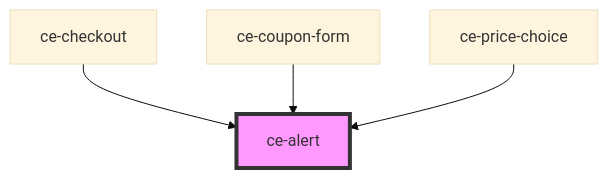
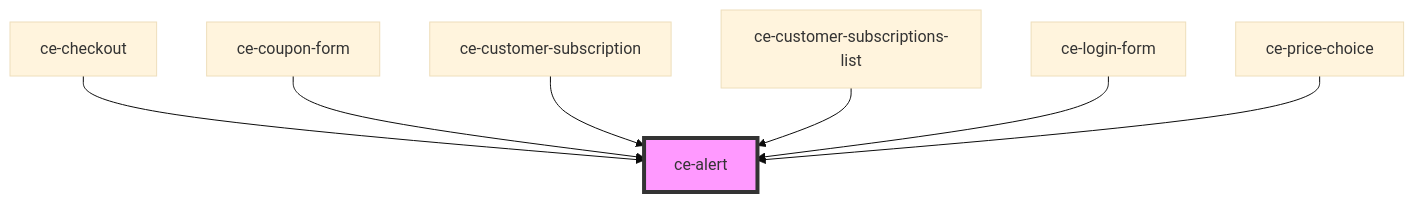
Before and after one commit to surecart/surecart-wp-plugin: the diagram in packages/components/src/components/ui/alert/readme.md, drawn with Mermaid (base theme). The commit also changed other lines of this file and 41 other files, not shown here.

````diff
--- a/packages/components/src/components/ui/alert/readme.md
+++ b/packages/components/src/components/ui/alert/readme.md
@@ -69,7 +72,10 @@
 ```mermaid
 graph TD;
   ce-checkout --> ce-alert
   ce-coupon-form --> ce-alert
+  ce-customer-subscription --> ce-alert
+  ce-customer-subscriptions-list --> ce-alert
+  ce-login-form --> ce-alert
   ce-price-choice --> ce-alert
   style ce-alert fill:#f9f,stroke:#333,stroke-width:4px
 ```
````
